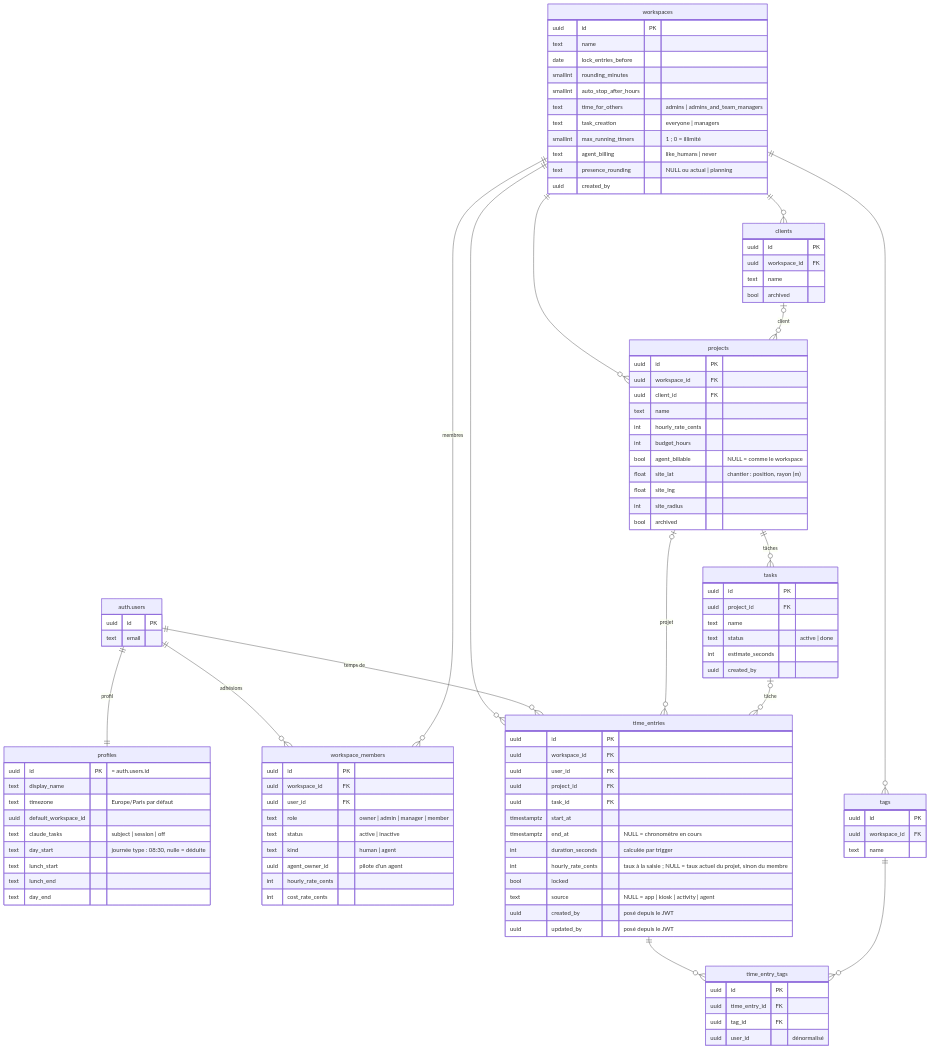
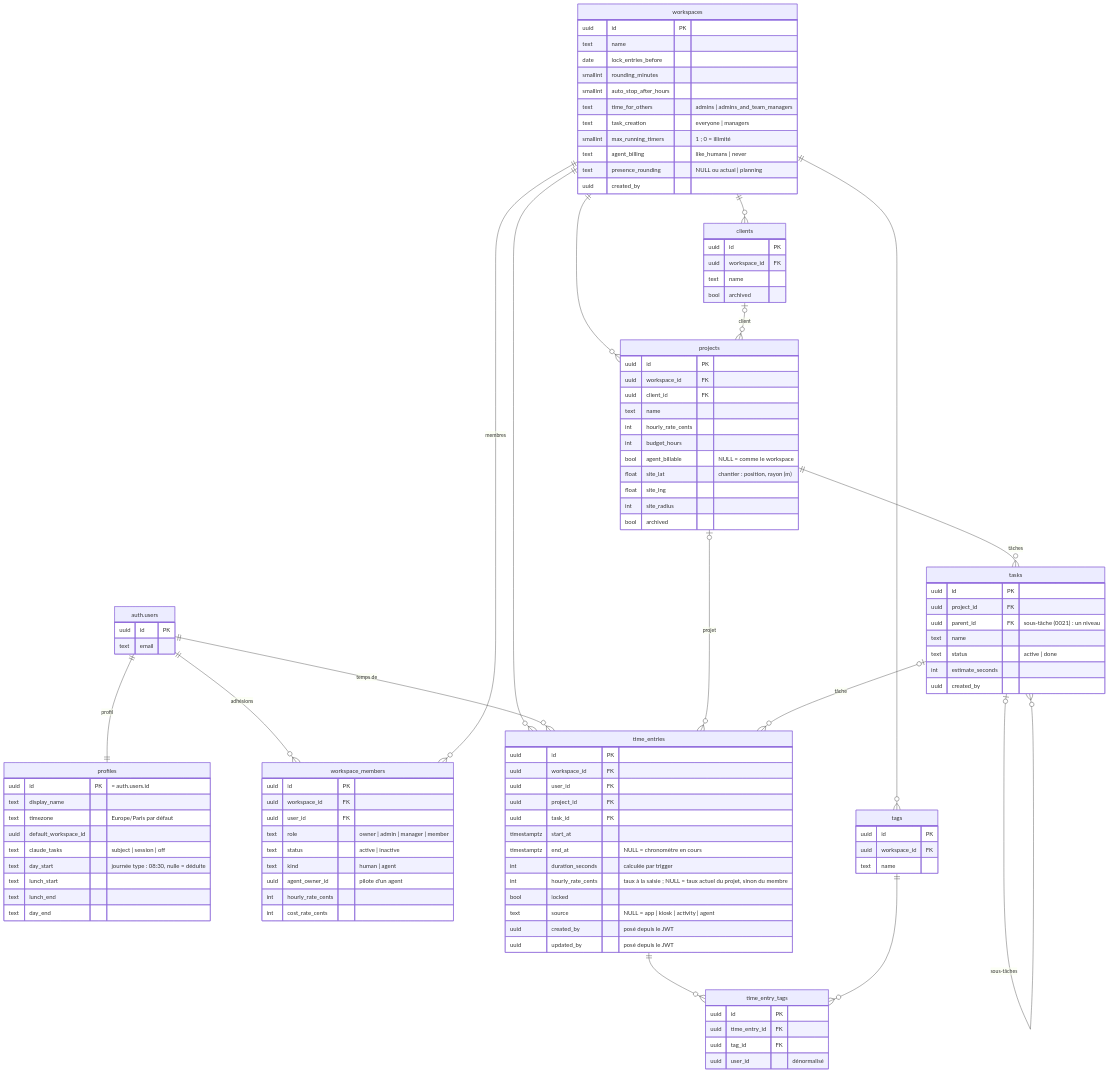
One commit to ysimonx/Clockifai changed the first of 3 diagrams in docs/architecture/donnees.md. Above: the diagram before and after it, drawn with Mermaid. The commit also changed other lines of this file and 43 other files, not shown here.

First line of the commit message:
Plan 16, lots 1 à 4 et 6 : sous-tâches ; Claude range l'objectif en tâche et l'étape en sous-tâche

```diff
--- a/docs/architecture/donnees.md
+++ b/docs/architecture/donnees.md
@@ -29,6 +29,7 @@
   workspaces ||--o{ projects : ""
   clients |o--o{ projects : "client"
   projects ||--o{ tasks : "tâches"
+  tasks |o--o{ tasks : "sous-tâches"
   workspaces ||--o{ tags : ""
   workspaces ||--o{ time_entries : ""
   auth_users ||--o{ time_entries : "temps de"
@@ -98,6 +99,7 @@
   tasks {
     uuid id PK
     uuid project_id FK
+    uuid parent_id FK "sous-tâche (0021) : un niveau"
     text name
     text status "active | done"
     int estimate_seconds
```
